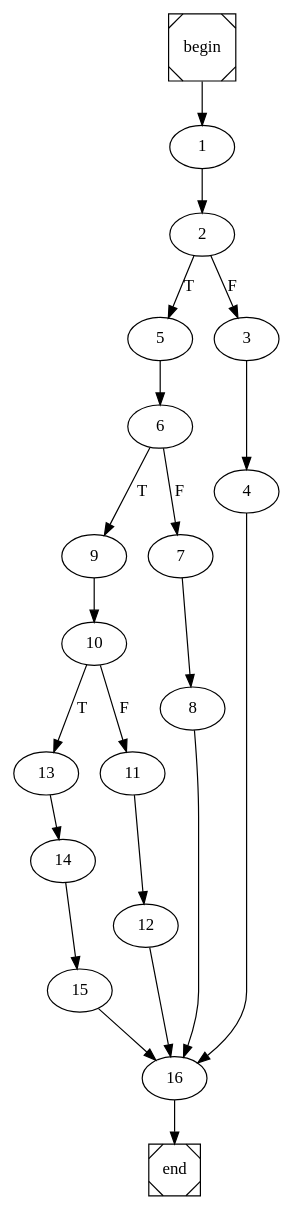
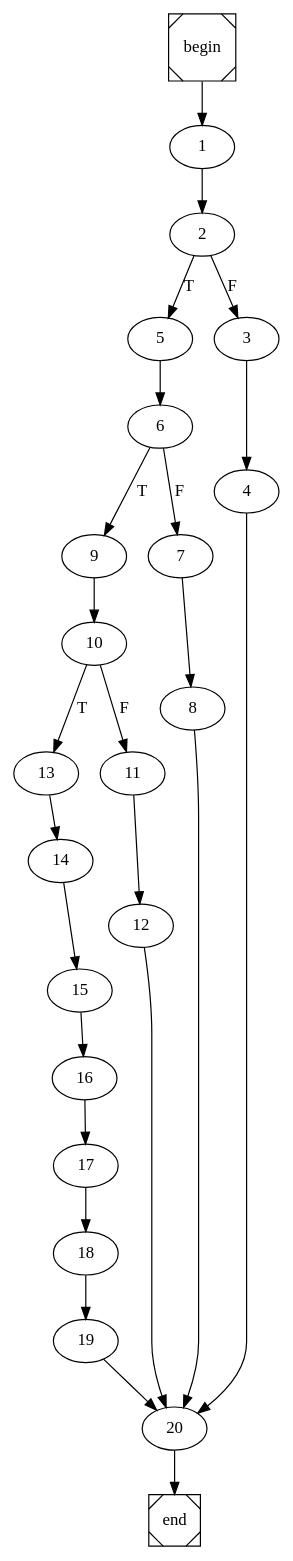
The diagram in MoveRow.dot (pedrojfs17/FEUP-COMP), drawn with Graphviz before and after one commit. The commit also changed 35 other files, not shown here.

```diff
--- a/MoveRow.dot
+++ b/MoveRow.dot
@@ -1,4 +1,4 @@
 digraph cfg {
 	begin [shape=Msquare];
 	end [shape=Msquare];
-	begin -> 1;	1 -> 2;	2 -> 5[label=T];	2 -> 3[label=F];	3 -> 4;	4 -> 16;	5 -> 6;	6 -> 9[label=T];	6 -> 7[label=F];	7 -> 8;	8 -> 16;	9 -> 10;	10 -> 13[label=T];	10 -> 11[label=F];	11 -> 12;	12 -> 16;	13 -> 14;	14 -> 15;	15 -> 16;	16 -> end;}
+	begin -> 1;	1 -> 2;	2 -> 5[label=T];	2 -> 3[label=F];	3 -> 4;	4 -> 20;	5 -> 6;	6 -> 9[label=T];	6 -> 7[label=F];	7 -> 8;	8 -> 20;	9 -> 10;	10 -> 13[label=T];	10 -> 11[label=F];	11 -> 12;	12 -> 20;	13 -> 14;	14 -> 15;	15 -> 16;	16 -> 17;	17 -> 18;	18 -> 19;	19 -> 20;	20 -> end;}
```
